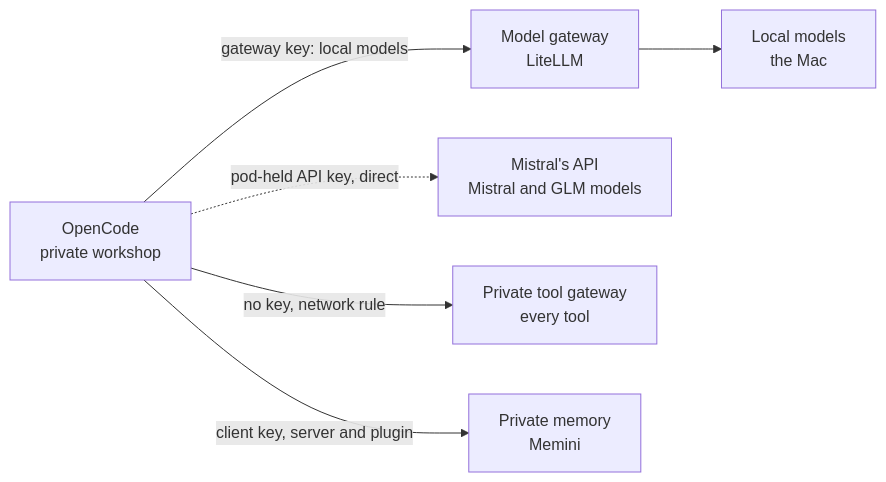
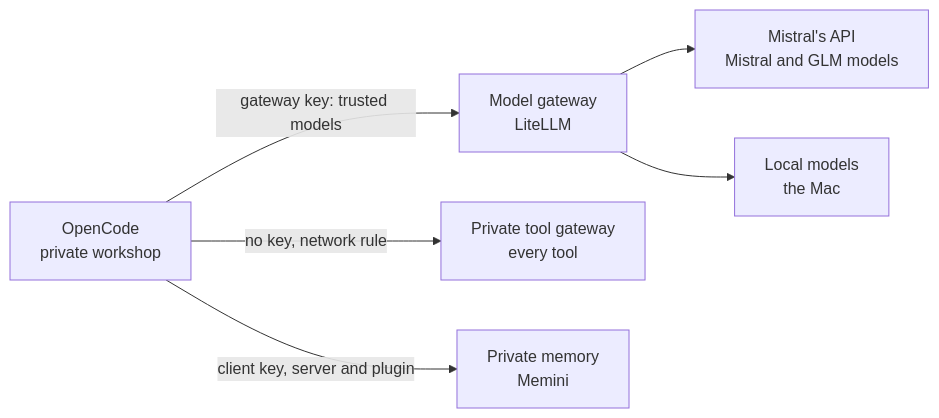
Before and after one commit to h-wb/home-ops: the fourth of 6 diagrams in kubernetes/apps/main/llm/docs/wiring.md, drawn with Mermaid. The commit also changed other lines of this file and 7 other files, not shown here.

````diff
--- a/kubernetes/apps/main/llm/docs/wiring.md
+++ b/kubernetes/apps/main/llm/docs/wiring.md
@@ -96,14 +97,14 @@
 ```mermaid
 flowchart LR
     A["OpenCode<br/>private workshop"]:::private
     L["Model gateway<br/>LiteLLM"]:::shared
+    MI["Mistral's API<br/>Mistral and GLM models"]:::outside
     LO["Local models<br/>the Mac"]:::outside
-    MI["Mistral's API<br/>Mistral and GLM models"]:::outside
     T["Private tool gateway<br/>every tool"]:::private
     M["Private memory<br/>Memini"]:::private
-    A -->|"gateway key: local models"| L
+    A -->|"gateway key: trusted models"| L
+    L --> MI
     L --> LO
-    A -.->|"pod-held API key, direct"| MI
     A -->|"no key, network rule"| T
     A -->|"client key, server and plugin"| M
 ```
````
